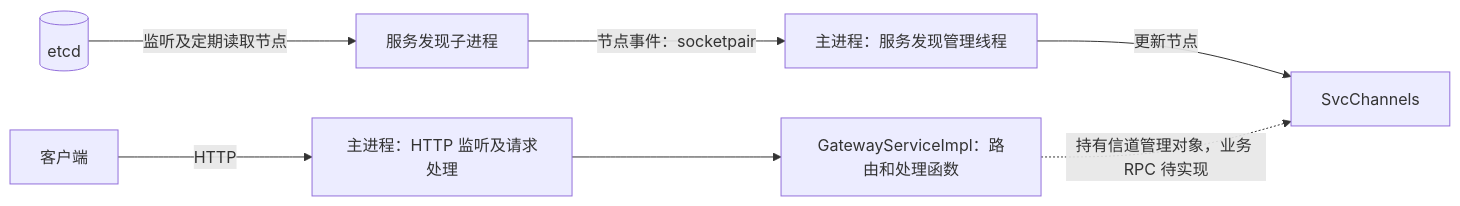
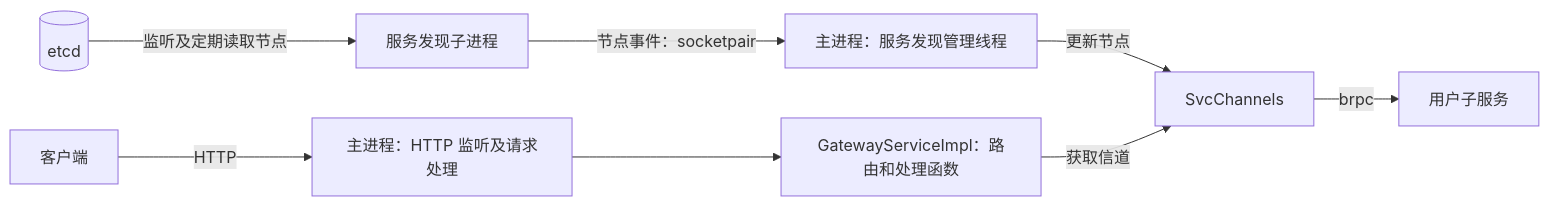
The diagram in chat2data/docs/网关子服务.md (Dairenwen/chat2data-cpp), drawn with Mermaid before and after one commit. The commit also changed other lines of this file and 31 other files, not shown here.

````diff
--- a/chat2data/docs/网关子服务.md
+++ b/chat2data/docs/网关子服务.md
@@ -44,9 +45,10 @@
 ```mermaid
 flowchart LR
     Client[客户端] -->|HTTP| HTTP[主进程：HTTP 监听及请求处理]
     HTTP --> Routes[GatewayServiceImpl：路由和处理函数]
     Manager[主进程：服务发现管理线程] -->|更新节点| Channels[SvcChannels]
     Worker[服务发现子进程] -->|节点事件：socketpair| Manager
     Etcd[(etcd)] -->|监听及定期读取节点| Worker
-    Routes -. 持有信道管理对象，业务 RPC 待实现 .-> Channels
+    Routes -->|获取信道| Channels
+    Channels -->|brpc| User[用户子服务]
 ```
````
